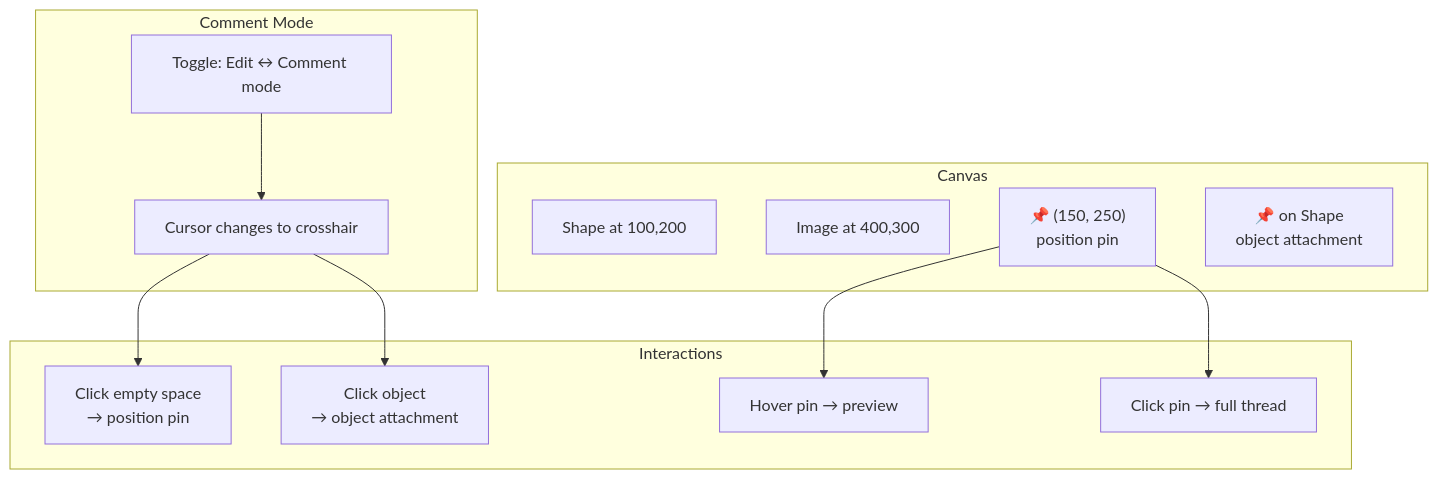
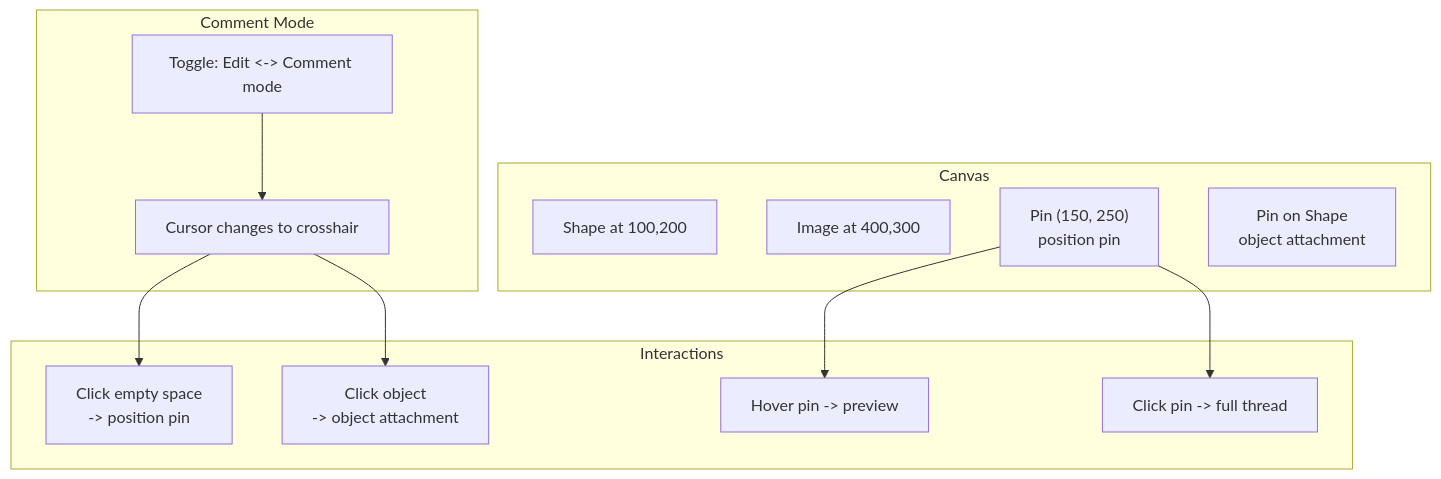
The first of 2 diagrams in docs/planStep03_6Comments/07-canvas-comments.md (crs48/xNet), drawn with Mermaid before and after one commit. The commit also changed other lines of this file and 8 other files, not shown here.

````diff
--- a/docs/planStep03_6Comments/07-canvas-comments.md
+++ b/docs/planStep03_6Comments/07-canvas-comments.md
@@ -15,27 +17,27 @@
 ```mermaid
 flowchart TB
     subgraph "Canvas"
         OBJ1[Shape at 100,200]
         OBJ2[Image at 400,300]
-        PIN1["📌 (150, 250)<br/>position pin"]
-        PIN2["📌 on Shape<br/>object attachment"]
+        PIN1["Pin (150, 250)<br/>position pin"]
+        PIN2["Pin on Shape<br/>object attachment"]
     end
 
     subgraph "Comment Mode"
-        TOGGLE["Toggle: Edit ↔ Comment mode"]
+        TOGGLE["Toggle: Edit <-> Comment mode"]
         CURSOR["Cursor changes to crosshair"]
     end
 
     subgraph "Interactions"
-        CLICK_EMPTY["Click empty space<br/>→ position pin"]
-        CLICK_OBJ["Click object<br/>→ object attachment"]
-        HOVER_PIN["Hover pin → preview"]
-        CLICK_PIN["Click pin → full thread"]
+        CLICK_EMPTY["Click empty space<br/>-> position pin"]
+        CLICK_OBJ["Click object<br/>-> object attachment"]
+        HOVER_PIN["Hover pin -> preview"]
+        CLICK_PIN["Click pin -> full thread"]
     end
 
     TOGGLE --> CURSOR
     CURSOR --> CLICK_EMPTY
     CURSOR --> CLICK_OBJ
     PIN1 --> HOVER_PIN
     PIN1 --> CLICK_PIN
 ```
````
